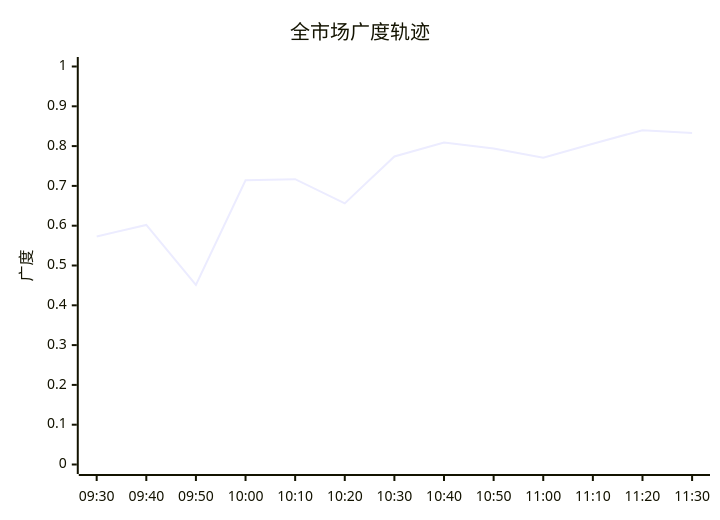
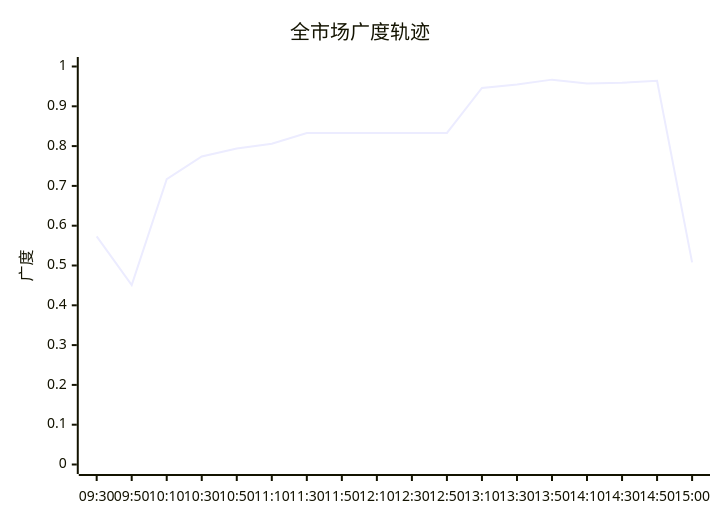
The second of 37 diagrams in content/投研交易/盘中分析/20261127.md (hesherchen-sketch/ray1992chzl), drawn with Mermaid before and after one commit. The commit also changed other lines of this file and 2 other files, not shown here.

````diff
--- a/content/投研交易/盘中分析/20261127.md
+++ b/content/投研交易/盘中分析/20261127.md
@@ -107,7 +130,7 @@
 ```mermaid
 xychart-beta
     title "全市场广度轨迹"
-    x-axis ["09:30", "09:40", "09:50", "10:00", "10:10", "10:20", "10:30", "10:40", "10:50", "11:00", "11:10", "11:20", "11:30"]
+    x-axis ["09:30", "09:50", "10:10", "10:30", "10:50", "11:10", "11:30", "11:50", "12:10", "12:30", "12:50", "13:10", "13:30", "13:50", "14:10", "14:30", "14:50", "15:00"]
     y-axis "广度" 0 --> 1
-    line [0.573, 0.602, 0.451, 0.714, 0.717, 0.656, 0.774, 0.809, 0.794, 0.771, 0.806, 0.84, 0.833]
+    line [0.573, 0.451, 0.717, 0.774, 0.794, 0.806, 0.833, 0.833, 0.833, 0.833, 0.833, 0.946, 0.955, 0.967, 0.957, 0.959, 0.964, 0.508]
 ```
````
